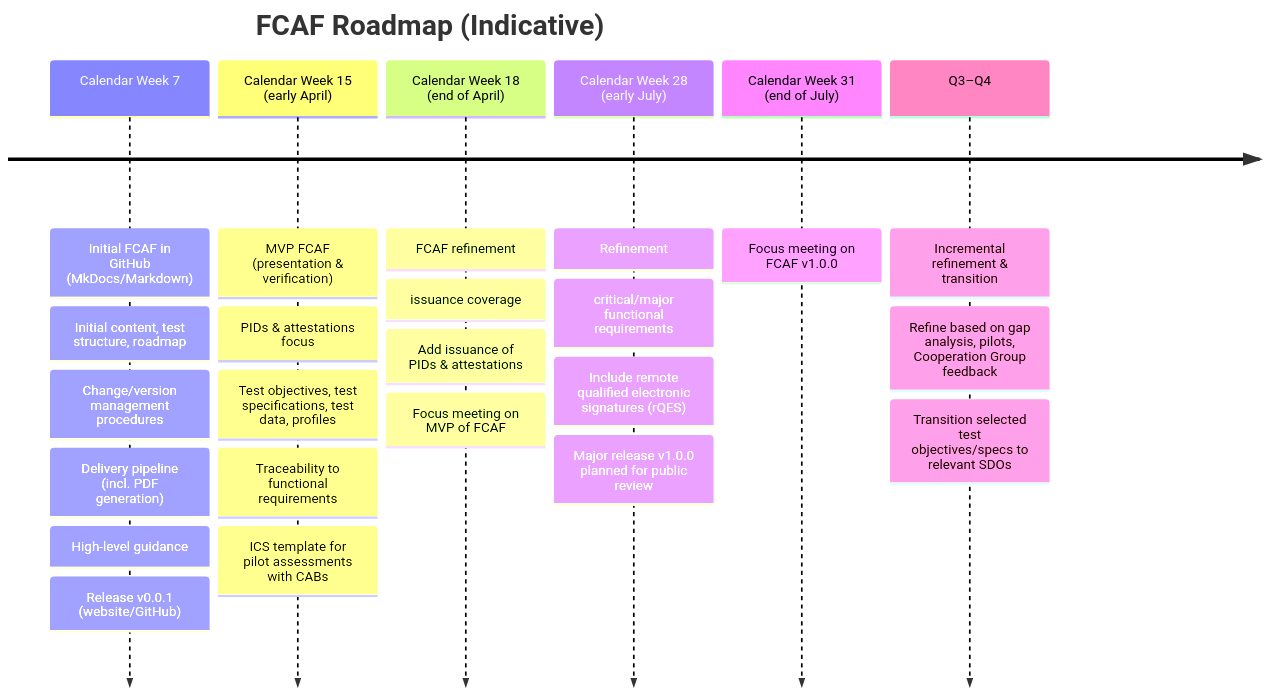
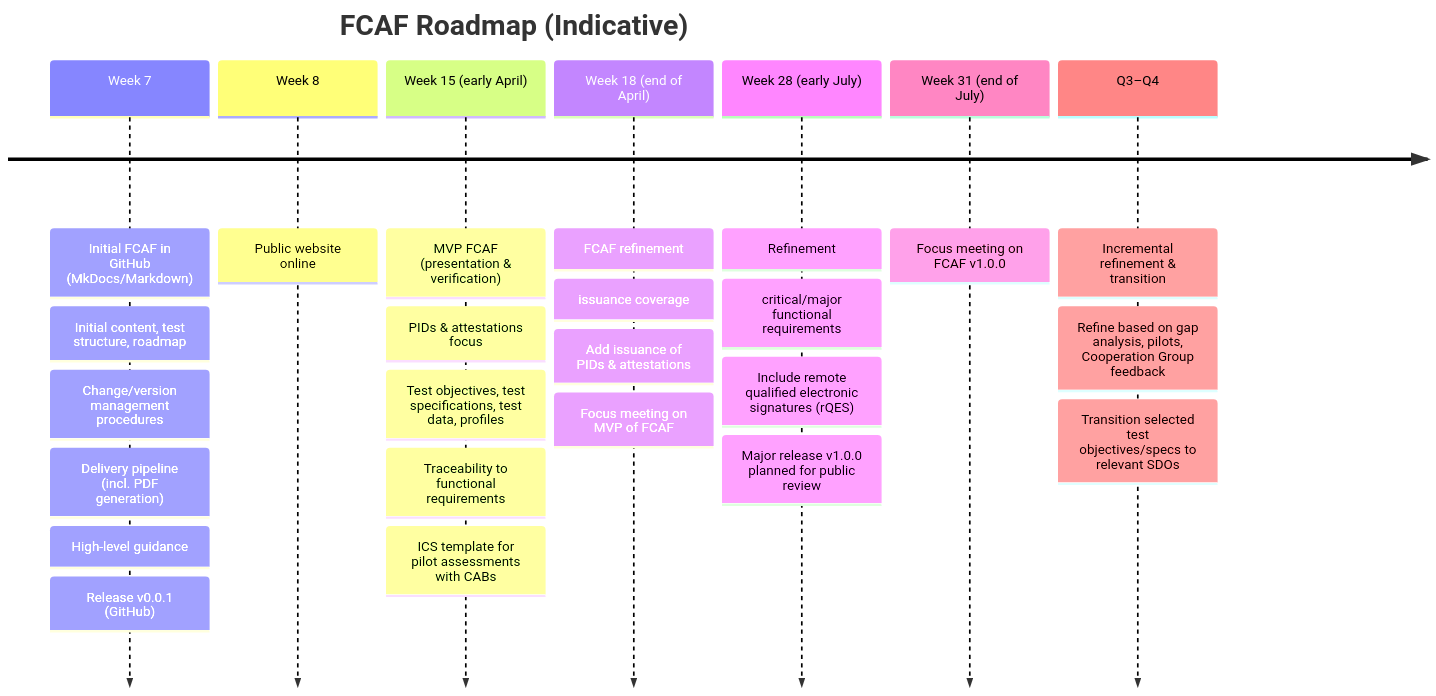
The diagram in docs/overview/index.md (eu-digital-identity-wallet/eudi-doc-functional-conformance-assessment), drawn with Mermaid before and after one commit. The commit also changed 2 other files, not shown here.

Commit message:
chore: updated timeline for website

````diff
--- a/docs/overview/index.md
+++ b/docs/overview/index.md
@@ -141,31 +141,33 @@
 ```mermaid
 timeline
   title FCAF Roadmap (Indicative)
 
-  Calendar Week 7 : Initial FCAF in GitHub (MkDocs/Markdown)
+  Week 7 : Initial FCAF in GitHub (MkDocs/Markdown)
       : Initial content, test structure, roadmap
       : Change/version management procedures
       : Delivery pipeline (incl. PDF generation)
       : High-level guidance
-      : Release v0.0.1 (website/GitHub)
+      : Release v0.0.1 (GitHub)
 
-  Calendar Week 15 (early April) : MVP FCAF (presentation & verification)
+  Week 8 : Public website online
+
+  Week 15 (early April) : MVP FCAF (presentation & verification)
       : PIDs & attestations focus
       : Test objectives, test specifications, test data, profiles
       : Traceability to functional requirements
       : ICS template for pilot assessments with CABs
 
-  Calendar Week 18 (end of April) : FCAF refinement: issuance coverage
+  Week 18 (end of April) : FCAF refinement: issuance coverage
       : Add issuance of PIDs & attestations
       : Focus meeting on MVP of FCAF
 
-  Calendar Week 28 (early July) : Refinement: critical/major functional requirements
+  Week 28 (early July) : Refinement: critical/major functional requirements
       : Include remote qualified electronic signatures (rQES)
       : Major release v1.0.0 planned for public review
 
-  Calendar Week 31 (end of July) : Focus meeting on FCAF v1.0.0
+  Week 31 (end of July) : Focus meeting on FCAF v1.0.0
 
   Q3–Q4 : Incremental refinement & transition
       : Refine based on gap analysis, pilots, Cooperation Group feedback
       : Transition selected test objectives/specs to relevant SDOs
 ```
````
